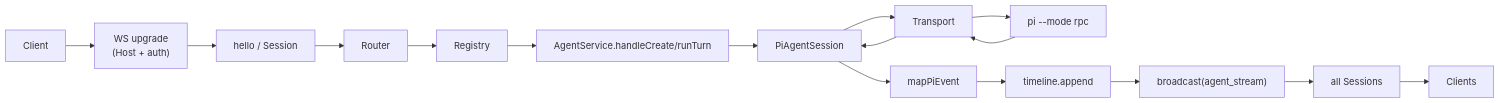
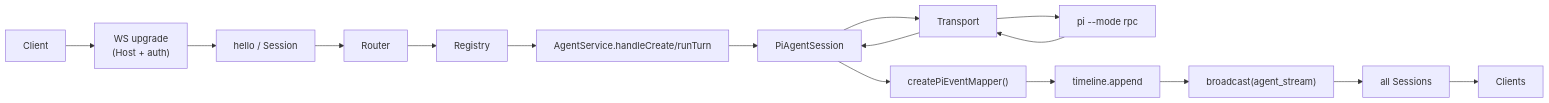
One commit to avatsaev/pi-studio changed the ninth of 9 diagrams in packages/server/docs/gateway-architecture.md. Above: the diagram before and after it, drawn with Mermaid. The commit also changed other lines of this file and 14 other files, not shown here.

````diff
--- a/packages/server/docs/gateway-architecture.md
+++ b/packages/server/docs/gateway-architecture.md
@@ -435,9 +443,9 @@
 ```mermaid
 flowchart LR
   Client --> Upgrade["WS upgrade<br/>(Host + auth)"] --> Hello["hello / Session"] --> Router --> Registry
   Registry --> Handle["AgentService.handleCreate/runTurn"] --> Session["PiAgentSession"]
   Session --> Transport --> Pi["pi --mode rpc"]
   Pi --> Transport --> Session
-  Session --> Mapper["mapPiEvent"] --> Timeline["timeline.append"] --> Broadcast["broadcast(agent_stream)"]
+  Session --> Mapper["createPiEventMapper()"] --> Timeline["timeline.append"] --> Broadcast["broadcast(agent_stream)"]
   Broadcast --> Sessions["all Sessions"] --> Clients
 ```
````
